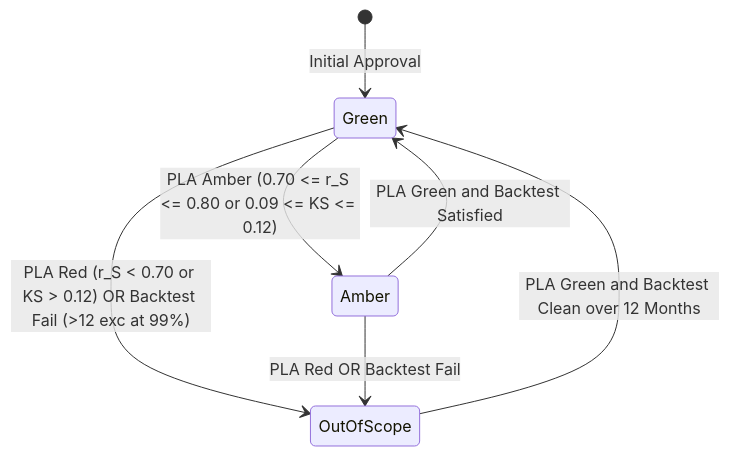
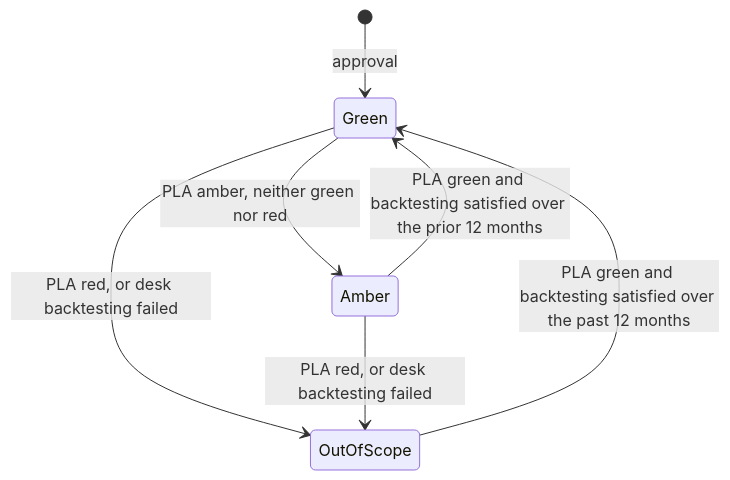
One commit to shreejitverma/The-Quant-Prep changed the third of 3 diagrams in 18-Pricing-and-Risk-Systems/10-FRTB-Engine.md. Above: the diagram before and after it, drawn with Mermaid. The commit also changed other lines of this file and 13 other files, not shown here.

````diff
--- a/18-Pricing-and-Risk-Systems/10-FRTB-Engine.md
+++ b/18-Pricing-and-Risk-Systems/10-FRTB-Engine.md
@@ -168,9 +161,9 @@
 ```mermaid
 stateDiagram-v2
-    [*] --> Green: Initial Approval
-    Green --> Amber: PLA Amber (0.70 <= r_S <= 0.80 or 0.09 <= KS <= 0.12)
-    Amber --> Green: PLA Green and Backtest Satisfied
-    Green --> OutOfScope: PLA Red (r_S < 0.70 or KS > 0.12) OR Backtest Fail (>12 exc at 99%)
-    Amber --> OutOfScope: PLA Red OR Backtest Fail
-    OutOfScope --> Green: PLA Green and Backtest Clean over 12 Months
+    [*] --> Green: approval
+    Green --> Amber: PLA amber, neither green nor red
+    Amber --> Green: PLA green and backtesting satisfied over the prior 12 months
+    Green --> OutOfScope: PLA red, or desk backtesting failed
+    Amber --> OutOfScope: PLA red, or desk backtesting failed
+    OutOfScope --> Green: PLA green and backtesting satisfied over the past 12 months
 ```
````
